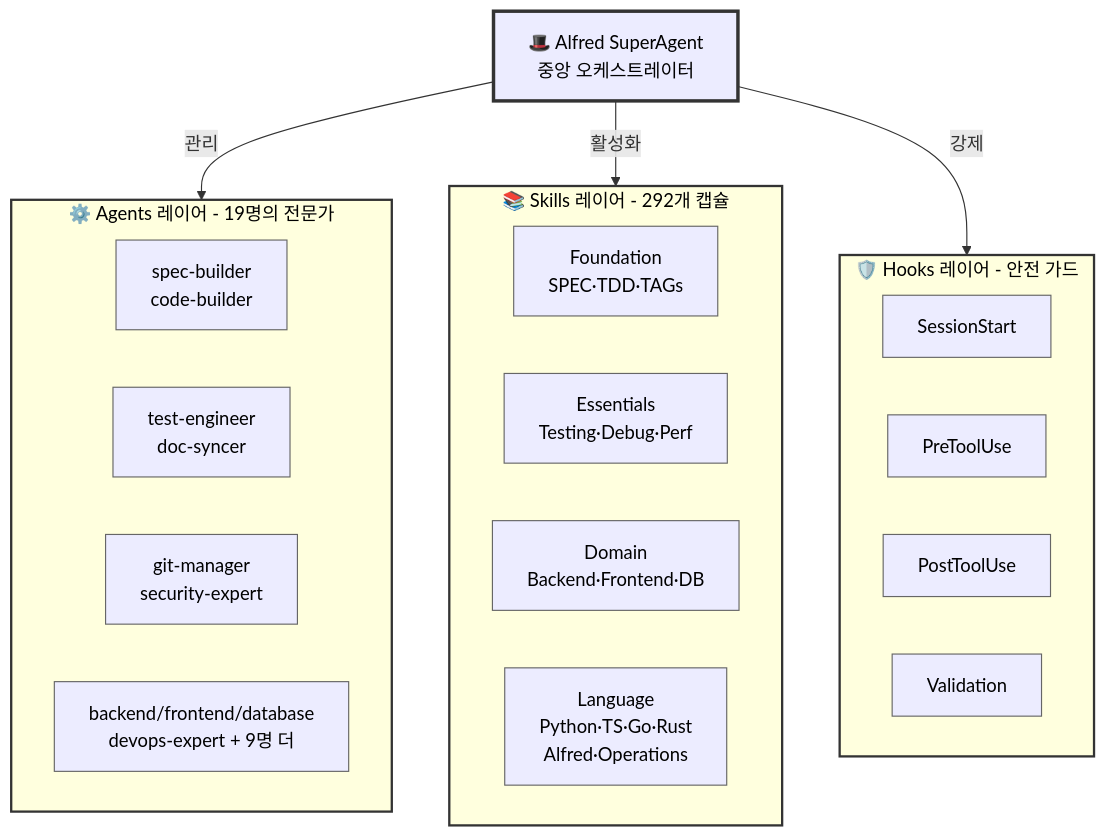
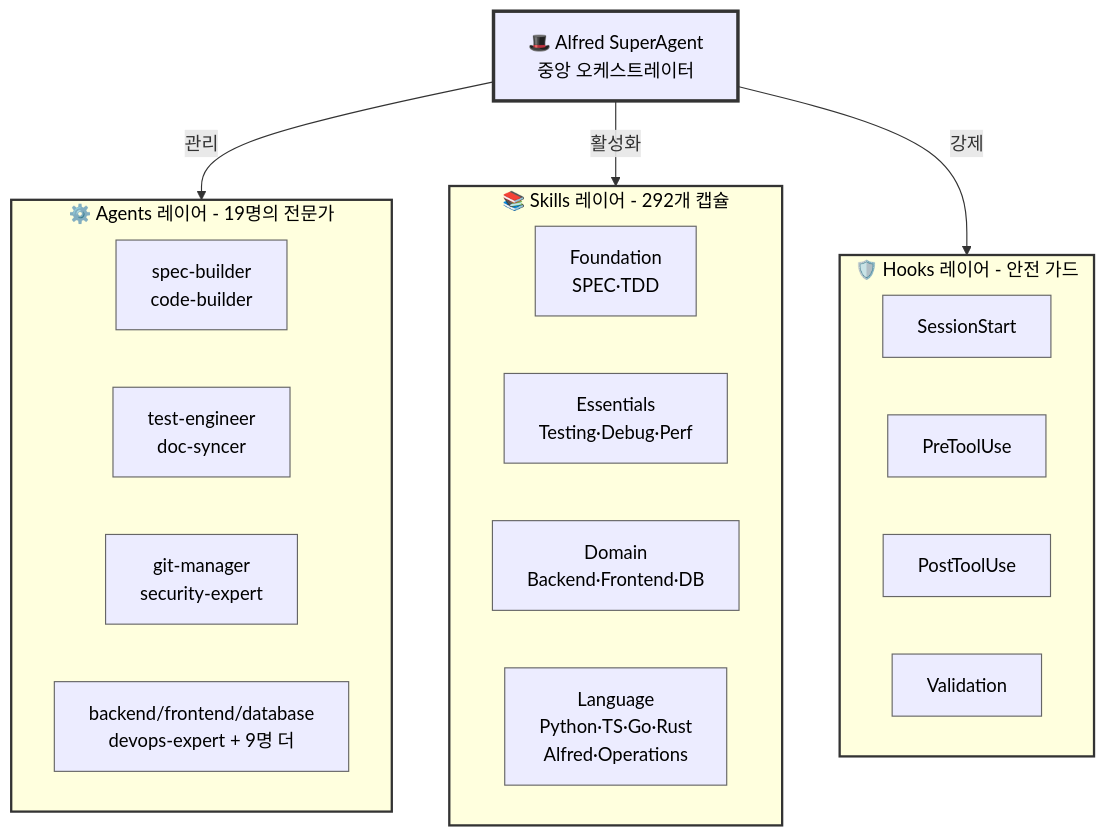
One commit to modu-ai/moai-adk changed the second of 2 diagrams in docs/pages/ko/index.md. Above: the diagram before and after it, drawn with Mermaid. The commit also changed other lines of this file and 380 other files, not shown here.

````diff
--- a/docs/pages/ko/index.md
+++ b/docs/pages/ko/index.md
@@ -209,37 +209,37 @@
 ```mermaid
 graph TD
     Alfred["🎩 Alfred SuperAgent<br/>중앙 오케스트레이터"]
 
     subgraph Agents["⚙️ Agents 레이어 - 19명의 전문가"]
         A1["spec-builder<br/>code-builder"]
         A2["test-engineer<br/>doc-syncer"]
         A3["git-manager<br/>security-expert"]
         A4["backend/frontend/database<br/>devops-expert + 9명 더"]
     end
 
     subgraph Skills["📚 Skills 레이어 - 292개 캡슐"]
-        S1["Foundation<br/>SPEC·TDD·TAGs"]
+        S1["Foundation<br/>SPEC·TDD"]
         S2["Essentials<br/>Testing·Debug·Perf"]
         S3["Domain<br/>Backend·Frontend·DB"]
         S4["Language<br/>Python·TS·Go·Rust<br/>Alfred·Operations"]
     end
 
     subgraph Hooks["🛡️ Hooks 레이어 - 안전 가드"]
         H1["SessionStart"]
         H2["PreToolUse"]
         H3["PostToolUse"]
         H4["Validation"]
     end
 
     Alfred -->|관리| Agents
     Alfred -->|활성화| Skills
     Alfred -->|강제| Hooks
 
     classDef alfredNode stroke:#333,stroke-width:3px,color:#000
     classDef layerNode stroke:#333,stroke-width:2px,color:#000
     classDef componentNode stroke:#666,stroke-width:1px,color:#000
 
     class Alfred alfredNode
     class Agents,Skills,Hooks layerNode
     class A1,A2,A3,A4,S1,S2,S3,S4,H1,H2,H3,H4 componentNode
 ```
````
